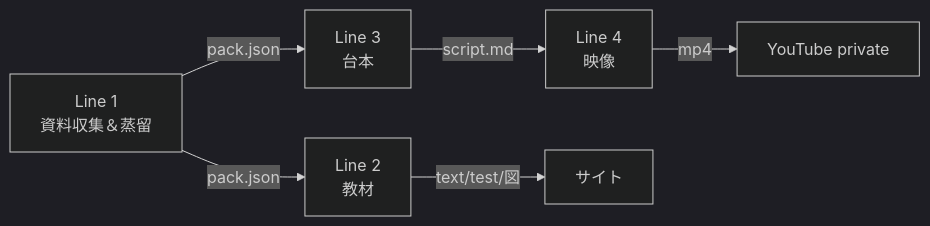
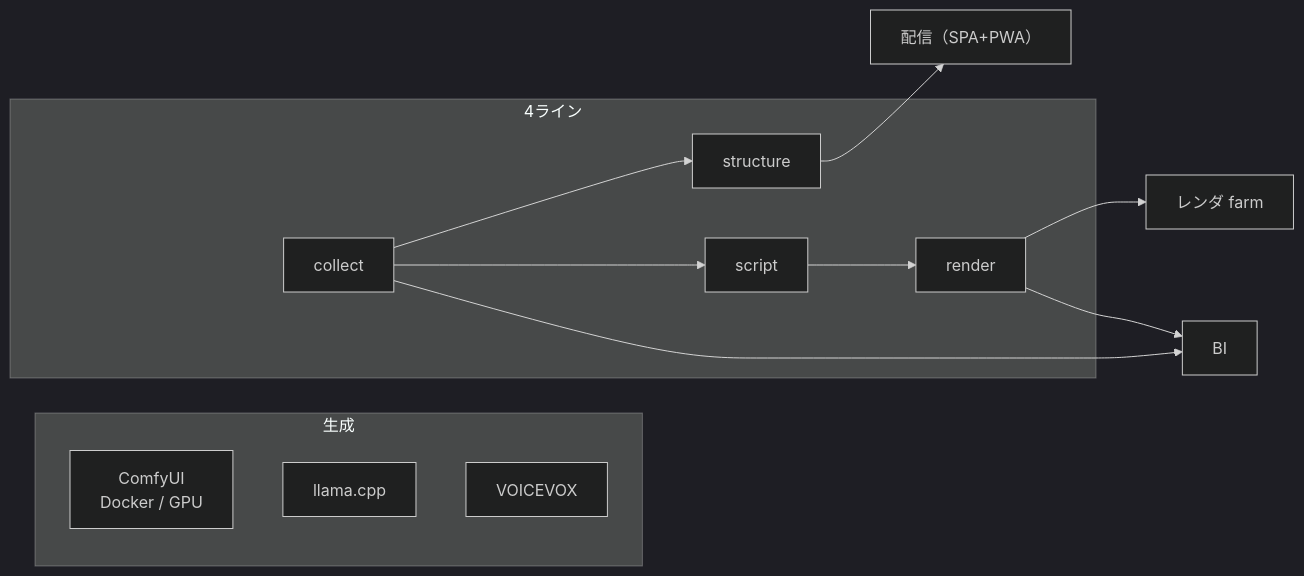
The diagram in docs/01-architecture.md (RintaroMatsumoto/ai-production-line), drawn with Mermaid (dark theme) before and after one commit. The commit also changed other lines of this file and 12 other files, not shown here.

````diff
--- a/docs/01-architecture.md
+++ b/docs/01-architecture.md
@@ -13,8 +13,17 @@
 ```mermaid
 flowchart LR
-  L1["Line 1<br/>資料収集＆蒸留"] -->|pack.json| L2["Line 2<br/>教材"]
-  L1 -->|pack.json| L3["Line 3<br/>台本"]
-  L3 -->|script.md| L4["Line 4<br/>映像"]
-  L2 -->|text/test/図| S["サイト"]
-  L4 -->|mp4| Y["YouTube private"]
+  subgraph GEN["生成"]
+    C["ComfyUI<br/>Docker / GPU"]
+    L["llama.cpp"]
+    V["VOICEVOX"]
+  end
+  subgraph PIPE["4ライン"]
+    L1["collect"] --> L2["structure"]
+    L1 --> L3["script"]
+    L3 --> L4["render"]
+  end
+  L2 --> S["配信（SPA+PWA）"]
+  L4 --> R["レンダ farm"]
+  L1 --> BI["BI"]
+  L4 --> BI
 ```
````
